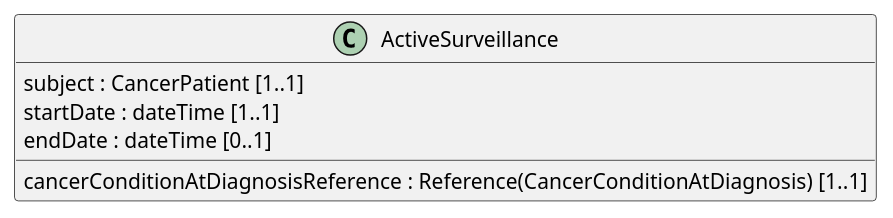
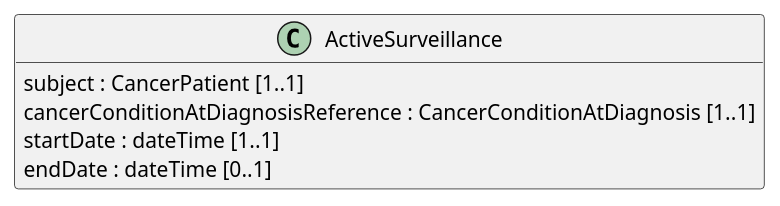
One commit to hl7-eu/cancer-common changed the diagram in input/images-source/ActiveSurveillance_LM.plantuml. Above: the diagram before and after it, drawn with PlantUML. The commit also changed 6 other files, not shown here.

```diff
--- a/input/images-source/ActiveSurveillance_LM.plantuml
+++ b/input/images-source/ActiveSurveillance_LM.plantuml
@@ -1,12 +1,12 @@
 @startuml
 hide empty members
 skinparam classAttributeIconSize 0
 
 class ActiveSurveillance {
   subject : CancerPatient [1..1]
-  cancerConditionAtDiagnosisReference : Reference(CancerConditionAtDiagnosis) [1..1]
+  cancerConditionAtDiagnosisReference : CancerConditionAtDiagnosis [1..1]
   startDate : dateTime [1..1]
   endDate : dateTime [0..1]
 }
 
 @enduml
```
